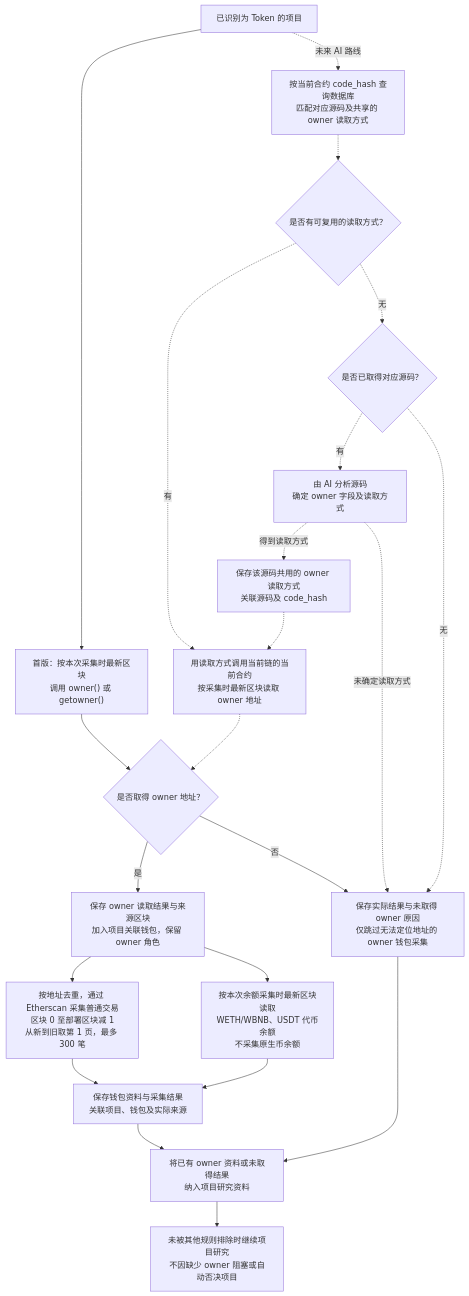
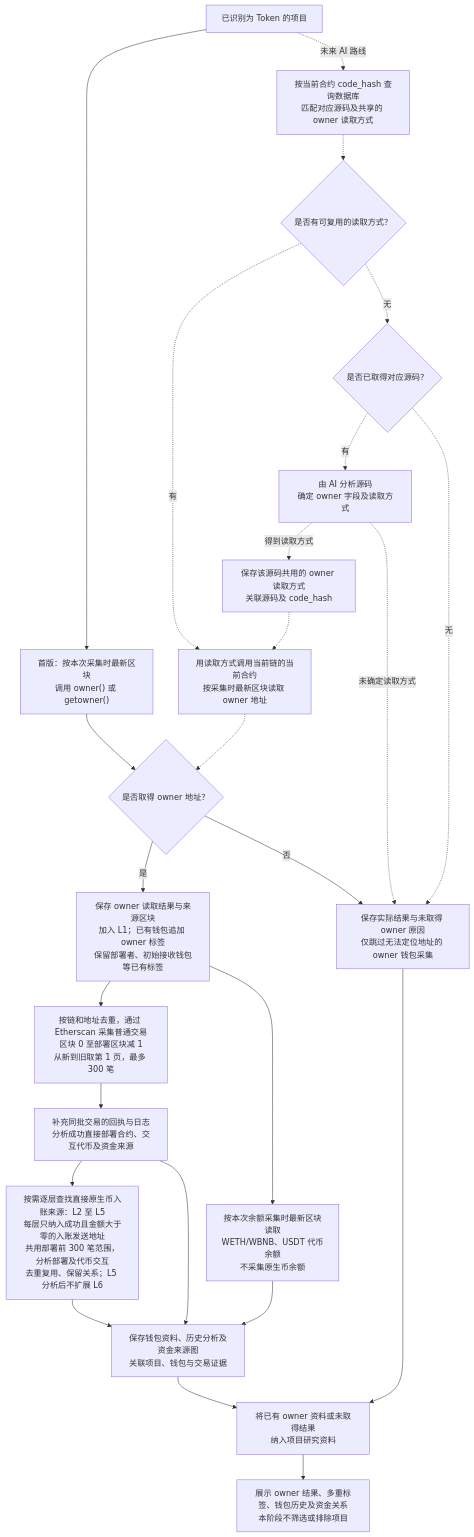
The diagram in docs/project/token-owner-wallet-flow.md (useryege/athena-o), drawn with Mermaid before and after one commit. The commit also changed other lines of this file and 6 other files, not shown here.

````diff
--- a/docs/project/token-owner-wallet-flow.md
+++ b/docs/project/token-owner-wallet-flow.md
@@ -17,25 +17,28 @@
 ```mermaid
 flowchart TD
     project["已识别为 Token 的项目"] --> read["首版：按本次采集时最新区块<br/>调用 owner() 或 getowner()"]
     read --> result{"是否取得 owner 地址？"}
-    result -->|"是"| related["保存 owner 读取结果与来源区块<br/>加入项目关联钱包，保留 owner 角色"]
-    related --> history["按地址去重，通过 Etherscan 采集普通交易<br/>区块 0 至部署区块减 1<br/>从新到旧取第 1 页，最多 300 笔"]
+    result -->|"是"| related["保存 owner 读取结果与来源区块<br/>加入 L1；已有钱包追加 owner 标签<br/>保留部署者、初始接收钱包等已有标签"]
+    related --> history["按链和地址去重，通过 Etherscan 采集普通交易<br/>区块 0 至部署区块减 1<br/>从新到旧取第 1 页，最多 300 笔"]
     related --> assets["按本次余额采集时最新区块读取<br/>WETH/WBNB、USDT 代币余额<br/>不采集原生币余额"]
-    history --> materials["保存钱包资料与采集结果<br/>关联项目、钱包及实际来源"]
+    history --> behavior["补充同批交易的回执与日志<br/>分析成功直接部署合约、交互代币及资金来源"]
+    behavior --> indirect["按需逐层查找直接原生币入账来源：L2 至 L5<br/>每层只纳入成功且金额大于零的入账发送地址<br/>共用部署前 300 笔范围，分析部署及代币交互<br/>去重复用、保留关系；L5 分析后不扩展 L6"]
+    behavior --> materials["保存钱包资料、历史分析及资金来源图<br/>关联项目、钱包与交易证据"]
+    indirect --> materials
     assets --> materials
     result -->|"否"| unavailable["保存实际结果与未取得 owner 原因<br/>仅跳过无法定位地址的 owner 钱包采集"]
     materials --> collected["将已有 owner 资料或未取得结果<br/>纳入项目研究资料"]
     unavailable --> collected
-    collected --> research["未被其他规则排除时继续项目研究<br/>不因缺少 owner 阻塞或自动否决项目"]
+    collected --> display["展示 owner 结果、多重标签、钱包历史及资金关系<br/>本阶段不筛选或排除项目"]
 
     project -. 未来 AI 路线 .-> lookup["按当前合约 code_hash 查询数据库<br/>匹配对应源码及共享的 owner 读取方式"]
     lookup -.-> cached{"是否有可复用的读取方式？"}
     cached -. 有 .-> chainRead["用读取方式调用当前链的当前合约<br/>按采集时最新区块读取 owner 地址"]
     cached -. 无 .-> source{"是否已取得对应源码？"}
     source -. 有 .-> analyze["由 AI 分析源码<br/>确定 owner 字段及读取方式"]
     source -. 无 .-> unavailable
     analyze -. 得到读取方式 .-> saveMethod["保存该源码共用的 owner 读取方式<br/>关联源码及 code_hash"]
     saveMethod -.-> chainRead
     analyze -. 未确定读取方式 .-> unavailable
     chainRead -.-> result
 ```
````
